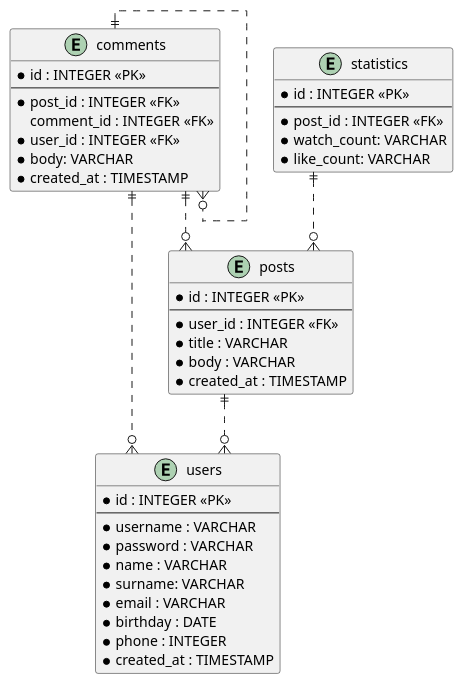
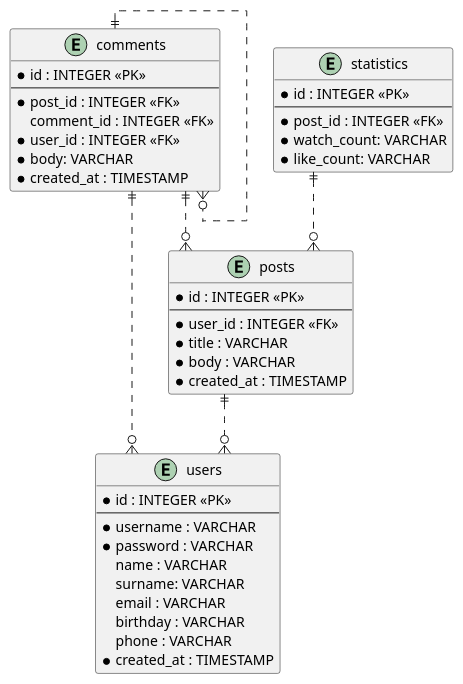
Before and after one commit to randnull/service-oriented-designs-Kirill-Goryunov: the diagram in doc/er-diagram/er-diagram.puml, drawn with PlantUML. The commit also changed 20 other files, not shown here.

```diff
--- a/doc/er-diagram/er-diagram.puml
+++ b/doc/er-diagram/er-diagram.puml
@@ -1,51 +1,51 @@
 @startuml er-diagram
 
 skinparam linetype ortho
 
 entity "users" as user_table {
   *id : INTEGER <<PK>>
   --
   *username : VARCHAR
   *password : VARCHAR
-  *name : VARCHAR
-  *surname: VARCHAR
-  *email : VARCHAR
-  *birthday : DATE
-  *phone : INTEGER
+  name : VARCHAR
+  surname: VARCHAR
+  email : VARCHAR
+  birthday : VARCHAR
+  phone : VARCHAR
   *created_at : TIMESTAMP
 }
 
 entity "posts" as post_table {
   *id : INTEGER <<PK>>
   --
   *user_id : INTEGER <<FK>>
   *title : VARCHAR
   *body : VARCHAR
   *created_at : TIMESTAMP
 }
 
 entity "comments" as comment_table {
   *id : INTEGER <<PK>>
   --
   *post_id : INTEGER <<FK>>
   comment_id : INTEGER <<FK>>
   *user_id : INTEGER <<FK>>
   *body: VARCHAR
   *created_at : TIMESTAMP
 }
 
 entity "statistics" as statistic_table {
   *id : INTEGER <<PK>>
   --
   *post_id : INTEGER <<FK>>
   *watch_count: VARCHAR
   *like_count: VARCHAR
 }
 
 post_table ||..o{ user_table
 comment_table ||..o{ user_table
 comment_table ||..o{ post_table
 comment_table ||..o{ comment_table
 statistic_table ||..o{ post_table
 
 @enduml
```
